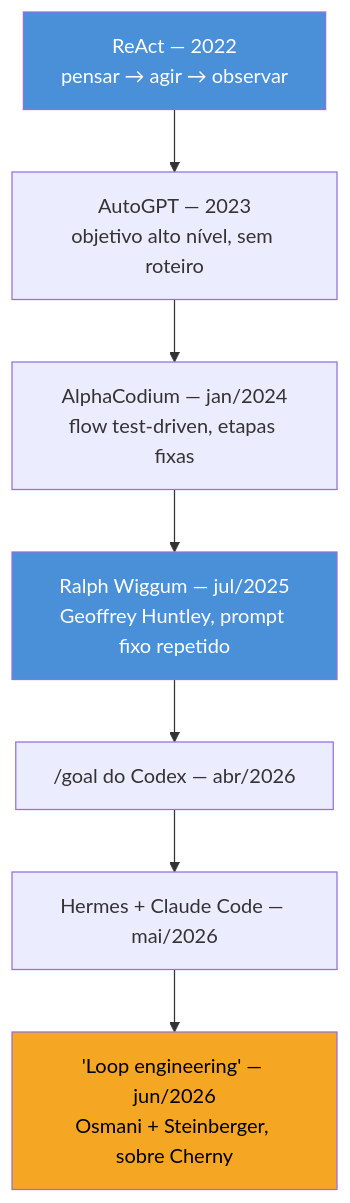
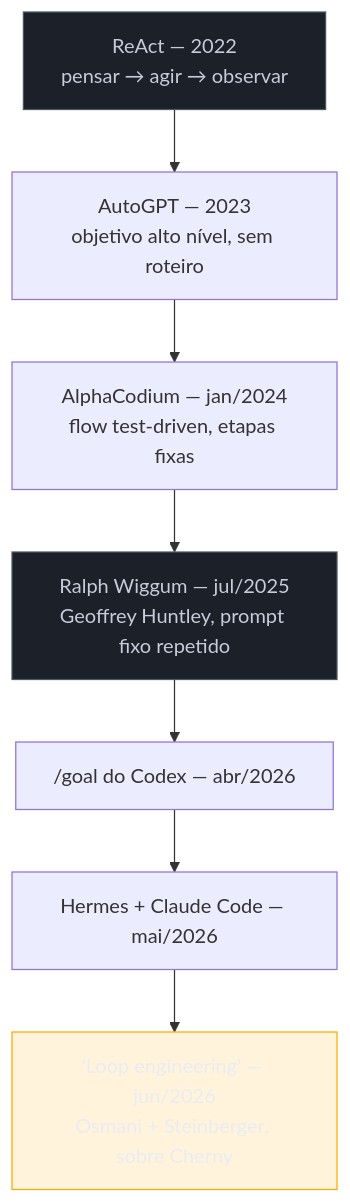
Before and after one commit to josenaldo/codex-technomanticus: the second of 3 diagrams in 03-Dominios/Tecnologia/IA/Evolução da Engenharia de IA/05 - Loop engineering — o motor de 4 tempos e as 4 traições.md, drawn with Mermaid. The commit also changed other lines of this file and 1181 other files, not shown here.

First line of the commit message:
fix(diagramas): paleta do sistema no lugar de cor cravada no markdown

````diff
--- a/03-Dominios/Tecnologia/IA/Evolução da Engenharia de IA/05 - Loop engineering — o motor de 4 tempos e as 4 traições.md
+++ b/03-Dominios/Tecnologia/IA/Evolução da Engenharia de IA/05 - Loop engineering — o motor de 4 tempos e as 4 traições.md
@@ -85,13 +86,15 @@
 ```mermaid
 flowchart TD
+    classDef neutro fill:#1B2029,stroke:#4E5666,color:#C6CCD8
+    classDef destaque fill:#FFAA0024,stroke:#FFAA00,color:#E9ECF2
     A["ReAct — 2022<br/>pensar → agir → observar"] --> B["AutoGPT — 2023<br/>objetivo alto nível, sem roteiro"]
     B --> C["AlphaCodium — jan/2024<br/>flow test-driven, etapas fixas"]
     C --> D["Ralph Wiggum — jul/2025<br/>Geoffrey Huntley, prompt fixo repetido"]
     D --> E["/goal do Codex — abr/2026"]
     E --> F["Hermes + Claude Code — mai/2026"]
     F --> G["'Loop engineering' — jun/2026<br/>Osmani + Steinberger, sobre Cherny"]
 
-    style A fill:#4A90D9,color:#fff
-    style D fill:#4A90D9,color:#fff
-    style G fill:#F5A623,color:#000
+    class A neutro
+    class D neutro
+    class G destaque
 ```
````
